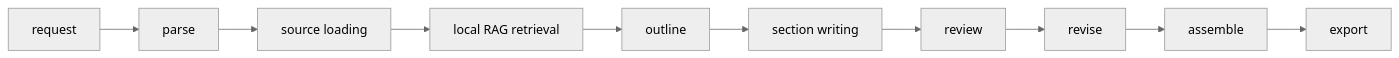
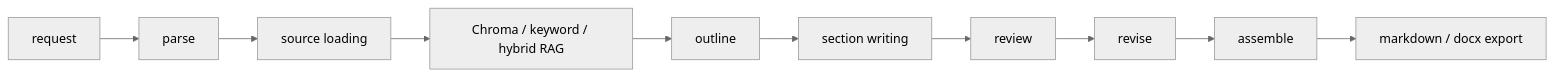
Before and after one commit to Aijiuaihai/LongTextAgent: the diagram in README.md, drawn with Mermaid (neutral theme). The commit also changed other lines of this file and 7 other files, not shown here.

````diff
--- a/README.md
+++ b/README.md
@@ -14,12 +9,12 @@
 ```mermaid
 flowchart LR
     request["request"] --> parse["parse"]
     parse --> source["source loading"]
-    source --> rag["local RAG retrieval"]
+    source --> rag["Chroma / keyword / hybrid RAG"]
     rag --> outline["outline"]
     outline --> writing["section writing"]
     writing --> review["review"]
     review --> revise["revise"]
     revise --> assemble["assemble"]
-    assemble --> export["export"]
+    assemble --> export["markdown / docx export"]
 ```
````
